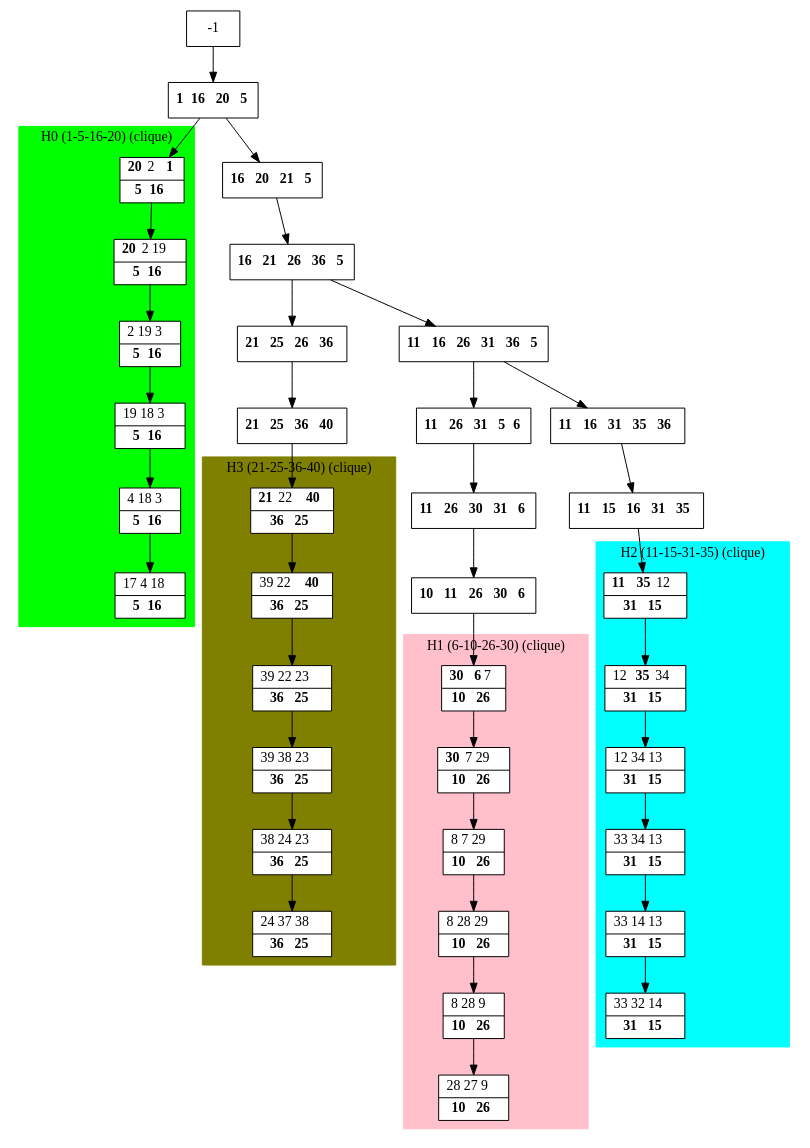
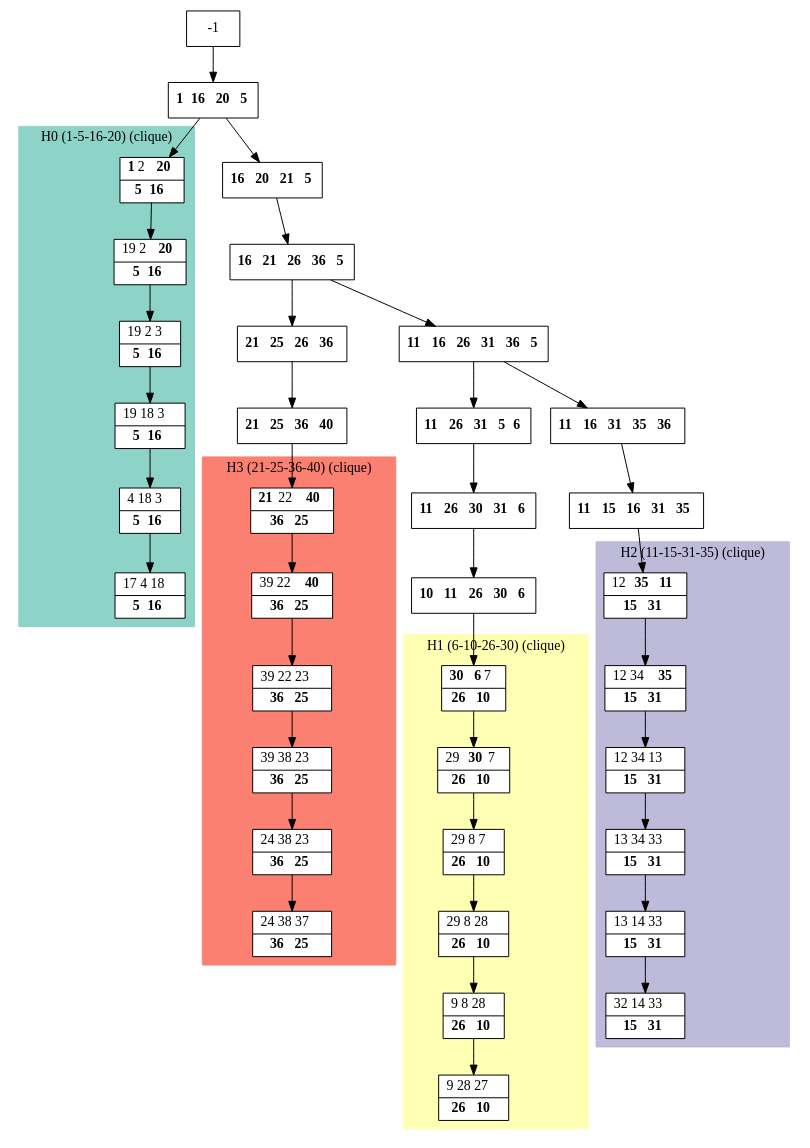
The diagram in results/dot_files/processed_M.dot (bmarchand/auto-dp), drawn with Graphviz before and after one commit. The commit also changed 93 other files, not shown here.

```diff
--- a/results/dot_files/processed_M.dot
+++ b/results/dot_files/processed_M.dot
@@ -1,85 +1,85 @@
 digraph G {
     node [shape=box];
     subgraph cluster0 {
         node [style=filled,fillcolor=white];
         labeljust="l";
         style=filled;
-        color=lime;
+        color="#8DD3C7";
         H0_0 -> H0_1 -> H0_2 -> H0_3 -> H0_4 -> H0_5;
         label="H0 (1-5-16-20) (clique)";
     }
     subgraph cluster1 {
         node [style=filled,fillcolor=white];
         labeljust="l";
         style=filled;
-        color=pink;
+        color="#FFFFB3";
         H1_0 -> H1_1 -> H1_2 -> H1_3 -> H1_4 -> H1_5;
         label="H1 (6-10-26-30) (clique)";
     }
     subgraph cluster2 {
         node [style=filled,fillcolor=white];
         labeljust="l";
         style=filled;
-        color=cyan;
+        color="#BEBADA";
         H2_0 -> H2_1 -> H2_2 -> H2_3 -> H2_4 -> H2_5;
         label="H2 (11-15-31-35) (clique)";
     }
     subgraph cluster3 {
         node [style=filled,fillcolor=white];
         labeljust="l";
         style=filled;
-        color=olive;
+        color="#FB8072";
         H3_0 -> H3_1 -> H3_2 -> H3_3 -> H3_4 -> H3_5;
         label="H3 (21-25-36-40) (clique)";
     }
      1 [shape=record,label= <{ <b>1</b> <b>16</b> <b>20</b> <b>5</b>}> ];
      -1  ->  1;
-     H0_0 [shape=record,label= <{ <b>20</b> 2 <b>1</b>|  <b>5</b> <b>16</b>}> ];
+     H0_0 [shape=record,label= <{ <b>1</b> 2 <b>20</b>|  <b>5</b> <b>16</b>}> ];
      1  ->  H0_0;
-     H0_1 [shape=record,label= <{ <b>20</b> 2 19|  <b>5</b> <b>16</b>}> ];
-     H0_2 [shape=record,label= <{ 2 19 3|  <b>5</b> <b>16</b>}> ];
+     H0_1 [shape=record,label= <{ 19 2 <b>20</b>|  <b>5</b> <b>16</b>}> ];
+     H0_2 [shape=record,label= <{ 19 2 3|  <b>5</b> <b>16</b>}> ];
      H0_3 [shape=record,label= <{ 19 18 3|  <b>5</b> <b>16</b>}> ];
      H0_4 [shape=record,label= <{ 4 18 3|  <b>5</b> <b>16</b>}> ];
      H0_5 [shape=record,label= <{ 17 4 18|  <b>5</b> <b>16</b>}> ];
      28 [shape=record,label= <{ <b>16</b> <b>20</b> <b>21</b> <b>5</b>}> ];
      1  ->  28;
      27 [shape=record,label= <{ <b>16</b> <b>21</b> <b>26</b> <b>36</b> <b>5</b>}> ];
      28  ->  27;
      18 [shape=record,label= <{ <b>11</b> <b>16</b> <b>26</b> <b>31</b> <b>36</b> <b>5</b>}> ];
      27  ->  18;
      9 [shape=record,label= <{ <b>11</b> <b>26</b> <b>31</b> <b>5</b> <b>6</b>}> ];
      18  ->  9;
      10 [shape=record,label= <{ <b>11</b> <b>26</b> <b>30</b> <b>31</b> <b>6</b>}> ];
      9  ->  10;
      11 [shape=record,label= <{ <b>10</b> <b>11</b> <b>26</b> <b>30</b> <b>6</b>}> ];
      10  ->  11;
-     H1_0 [shape=record,label= <{ <b>30</b> <b>6</b> 7|  <b>10</b> <b>26</b>}> ];
+     H1_0 [shape=record,label= <{ <b>30</b> <b>6</b> 7|  <b>26</b> <b>10</b>}> ];
      11  ->  H1_0;
-     H1_1 [shape=record,label= <{ <b>30</b> 7 29|  <b>10</b> <b>26</b>}> ];
-     H1_2 [shape=record,label= <{ 8 7 29|  <b>10</b> <b>26</b>}> ];
-     H1_3 [shape=record,label= <{ 8 28 29|  <b>10</b> <b>26</b>}> ];
-     H1_4 [shape=record,label= <{ 8 28 9|  <b>10</b> <b>26</b>}> ];
-     H1_5 [shape=record,label= <{ 28 27 9|  <b>10</b> <b>26</b>}> ];
+     H1_1 [shape=record,label= <{ 29 <b>30</b> 7|  <b>26</b> <b>10</b>}> ];
+     H1_2 [shape=record,label= <{ 29 8 7|  <b>26</b> <b>10</b>}> ];
+     H1_3 [shape=record,label= <{ 29 8 28|  <b>26</b> <b>10</b>}> ];
+     H1_4 [shape=record,label= <{ 9 8 28|  <b>26</b> <b>10</b>}> ];
+     H1_5 [shape=record,label= <{ 9 28 27|  <b>26</b> <b>10</b>}> ];
      19 [shape=record,label= <{ <b>11</b> <b>16</b> <b>31</b> <b>35</b> <b>36</b>}> ];
      18  ->  19;
      20 [shape=record,label= <{ <b>11</b> <b>15</b> <b>16</b> <b>31</b> <b>35</b>}> ];
      19  ->  20;
-     H2_0 [shape=record,label= <{ <b>11</b> <b>35</b> 12|  <b>31</b> <b>15</b>}> ];
+     H2_0 [shape=record,label= <{ 12 <b>35</b> <b>11</b>|  <b>15</b> <b>31</b>}> ];
      20  ->  H2_0;
-     H2_1 [shape=record,label= <{ 12 <b>35</b> 34|  <b>31</b> <b>15</b>}> ];
-     H2_2 [shape=record,label= <{ 12 34 13|  <b>31</b> <b>15</b>}> ];
-     H2_3 [shape=record,label= <{ 33 34 13|  <b>31</b> <b>15</b>}> ];
-     H2_4 [shape=record,label= <{ 33 14 13|  <b>31</b> <b>15</b>}> ];
-     H2_5 [shape=record,label= <{ 33 32 14|  <b>31</b> <b>15</b>}> ];
+     H2_1 [shape=record,label= <{ 12 34 <b>35</b>|  <b>15</b> <b>31</b>}> ];
+     H2_2 [shape=record,label= <{ 12 34 13|  <b>15</b> <b>31</b>}> ];
+     H2_3 [shape=record,label= <{ 13 34 33|  <b>15</b> <b>31</b>}> ];
+     H2_4 [shape=record,label= <{ 13 14 33|  <b>15</b> <b>31</b>}> ];
+     H2_5 [shape=record,label= <{ 32 14 33|  <b>15</b> <b>31</b>}> ];
      29 [shape=record,label= <{ <b>21</b> <b>25</b> <b>26</b> <b>36</b>}> ];
      27  ->  29;
      31 [shape=record,label= <{ <b>21</b> <b>25</b> <b>36</b> <b>40</b>}> ];
      29  ->  31;
      H3_0 [shape=record,label= <{ <b>21</b> 22 <b>40</b>|  <b>36</b> <b>25</b>}> ];
      31  ->  H3_0;
      H3_1 [shape=record,label= <{ 39 22 <b>40</b>|  <b>36</b> <b>25</b>}> ];
      H3_2 [shape=record,label= <{ 39 22 23|  <b>36</b> <b>25</b>}> ];
      H3_3 [shape=record,label= <{ 39 38 23|  <b>36</b> <b>25</b>}> ];
-     H3_4 [shape=record,label= <{ 38 24 23|  <b>36</b> <b>25</b>}> ];
-     H3_5 [shape=record,label= <{ 24 37 38|  <b>36</b> <b>25</b>}> ];
+     H3_4 [shape=record,label= <{ 24 38 23|  <b>36</b> <b>25</b>}> ];
+     H3_5 [shape=record,label= <{ 24 38 37|  <b>36</b> <b>25</b>}> ];
 }
```
